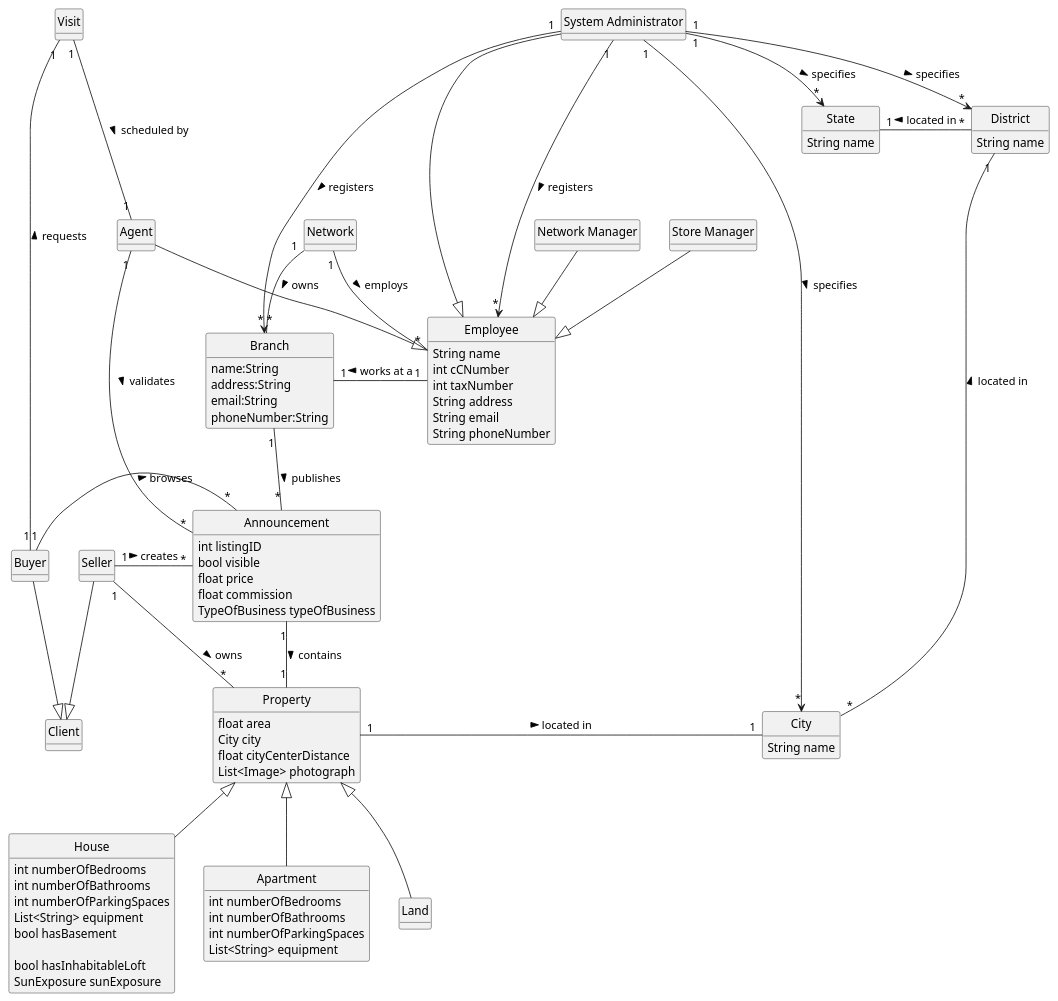
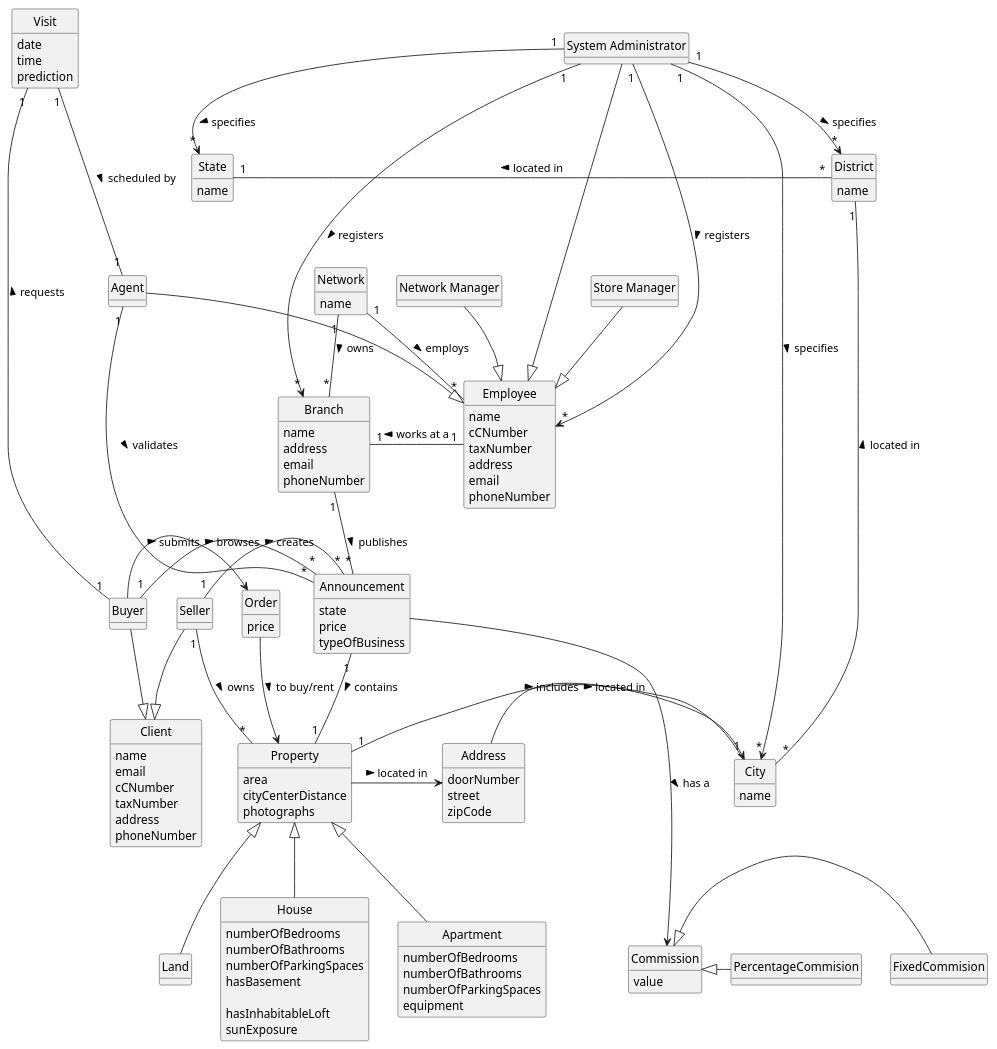
Before and after one commit to tiagohcorreia/LAPR2: the diagram in docs/sprintC/global-artifacts/02.analysis/puml/project-domain-model.puml, drawn with PlantUML. The commit also changed 1 other file, not shown here.

Commit message:
Global artifacts - updated the domain model (added Address, Order, Commission concepts and added missing associations and attributes)

```diff
--- a/docs/sprintC/global-artifacts/02.analysis/puml/project-domain-model.puml
+++ b/docs/sprintC/global-artifacts/02.analysis/puml/project-domain-model.puml
@@ -1,150 +1,187 @@
 @startuml
 'https://plantuml.com/class-diagram
 
 skinparam monochrome true
 skinparam packageStyle rectangle
 skinparam shadowing false
 
 'skinparam linetype ortho
 'left to right direction
 skinparam classAttributeIconSize 0
 skinparam groupInheritance 1
 hide circle
 hide methods
 
+class Address{
+doorNumber
+street
+zipCode
+}
+
+Address -> City: includes >
 
 Network "1" -- "*" Branch: owns >
 Branch "1" -- "*" Announcement: publishes >
 Announcement "1" -- "1" Property: contains >
 
 Network "1" -- "*" Employee: employs >
 
 
 Property <|-- House
 Property <|-- Apartment
 Property <|-- Land
 
 
 "System Administrator" --|> Employee
 "Network Manager" --|> Employee
 "Store Manager" --|> Employee
 Agent --|> Employee
 
 Employee "1" - "1" Branch: works at a >
 
 "System Administrator" "1" ----> "*" Employee: registers >
 "System Administrator" "1" ---> "*" Branch: registers >
 
 
 "System Administrator" "1" --> "*" State: specifies >
 "System Administrator" "1" -> "*" District: specifies >
 "System Administrator" "1" -> "*" City: specifies >
 
-
 together {
 Buyer --|> Client
 Seller --|> Client
 }
 
 Seller "1" - "*" Property: owns >
 Seller "1" - "*" Announcement: creates >
 Agent "1" - "*" Announcement: validates >
 Visit "1" - "1" Buyer: requests <
 Buyer "1" - "*" Announcement: browses >
 Visit "1" --- "1" Agent: scheduled by >
 
 together {
 Property "1" - "1" City: located in >
 District "1" - "*" City: located in <
 State "1" - "*" District: located in <
 }
 
 
 class Network{
-
+name
 }
 
 class Branch{
-name:String
-address:String
-email:String
-phoneNumber:String
+name
+address
+email
+phoneNumber
 }
 
 class Employee{
-String name
-int cCNumber
-int taxNumber
-String address
-String email
-String phoneNumber
+name
+cCNumber
+taxNumber
+address
+email
+phoneNumber
 }
 
 together {
 class "System Administrator"
 
 class "Network Manager"
 
 class "Store Manager"
 
 class Agent
 }
 
-class Client
+class Client{
+name
+email
+cCNumber
+taxNumber
+address
+phoneNumber
+}
 class Buyer
 class Seller
 
 class Visit{
+date
+time
+prediction
+}
 
+class Order{
+price
+}
+
+class Commission{
+value
 }
 
 class Announcement{
-int listingID
-bool visible
-float price
-float commission
-TypeOfBusiness typeOfBusiness
+state
+price
+typeOfBusiness
 }
 
+Announcement ---> Commission: has a >
+
+Commission <|- FixedCommision
+Commission <|- PercentageCommision
+
+Buyer -> Order: submits >
+Order -> Property: to buy/rent >
 
 class Property{
-float area
-City city
-float cityCenterDistance
-List<Image> photograph
+area
+cityCenterDistance
+photographs
 }
 
+Property -> Address: located in >
+
 class House{
-int numberOfBedrooms
-int numberOfBathrooms
-int numberOfParkingSpaces
-List<String> equipment
-bool hasBasement
+numberOfBedrooms
+numberOfBathrooms
+numberOfParkingSpaces
+hasBasement
 
-bool hasInhabitableLoft
-SunExposure sunExposure
+hasInhabitableLoft
+sunExposure
 }
 
 class Apartment{
-int numberOfBedrooms
-int numberOfBathrooms
-int numberOfParkingSpaces
-List<String> equipment
+numberOfBedrooms
+numberOfBathrooms
+numberOfParkingSpaces
+equipment
 }
 
 class Land{
 }
 
 class State{
-String name
+name
 }
 class District{
-String name
+name
 }
 class City{
-String name
+name
 }
 
-
+'class User{
+'email
+'password
+'}
+'
+'User <--- "System Administrator": accesses as <
+'User <--- "Network Manager": accesses as <
+'User <--- Agent: accesses as <
+'User <--- "Store Manager": accesses as <
+'User <--- Client: accesses as <
 
 @enduml
```
